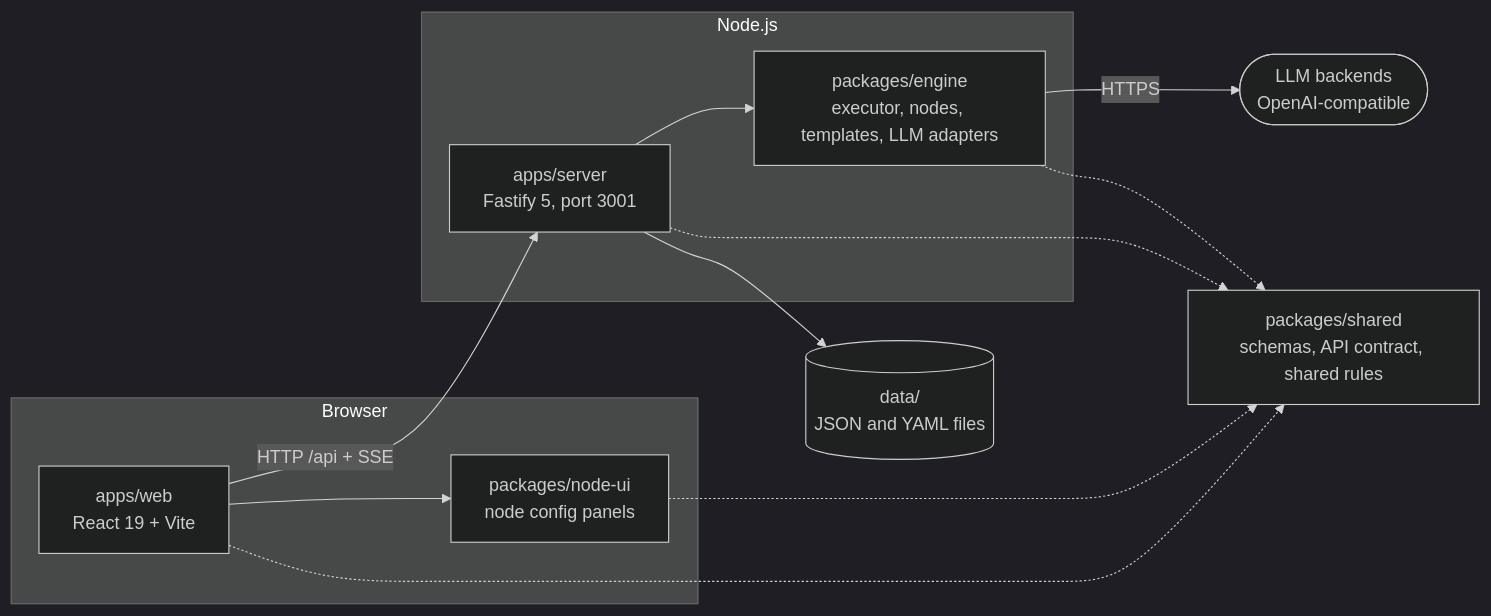
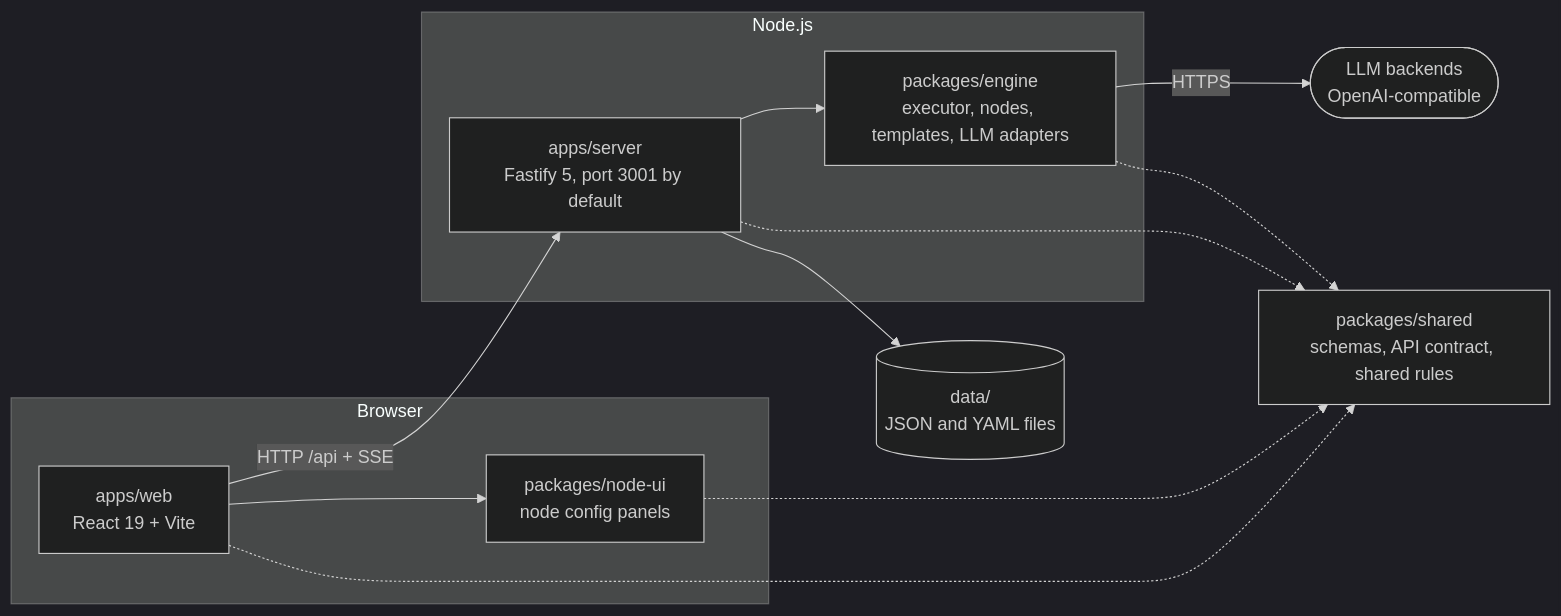
One commit to jeanhadrien/serious-tavern changed the first of 4 diagrams in docs/dev/ARCHITECTURE.md. Above: the diagram before and after it, drawn with Mermaid (dark theme). The commit also changed 8 other files, not shown here.

````diff
--- a/docs/dev/ARCHITECTURE.md
+++ b/docs/dev/ARCHITECTURE.md
@@ -12,24 +12,24 @@
 ```mermaid
 flowchart LR
   subgraph browser[Browser]
     web["apps/web<br/>React 19 + Vite"]
     nodeui["packages/node-ui<br/>node config panels"]
   end
   subgraph server[Node.js]
-    srv["apps/server<br/>Fastify 5, port 3001"]
+    srv["apps/server<br/>Fastify 5, port 3001 by default"]
     engine["packages/engine<br/>executor, nodes, templates, LLM adapters"]
   end
   shared["packages/shared<br/>schemas, API contract, shared rules"]
   data[("data/<br/>JSON and YAML files")]
   llm(["LLM backends<br/>OpenAI-compatible"])
 
   web --> nodeui
   web -- "HTTP /api + SSE" --> srv
   srv --> engine
   engine -- HTTPS --> llm
   srv --> data
   web -.-> shared
   nodeui -.-> shared
   srv -.-> shared
   engine -.-> shared
 ```
````
